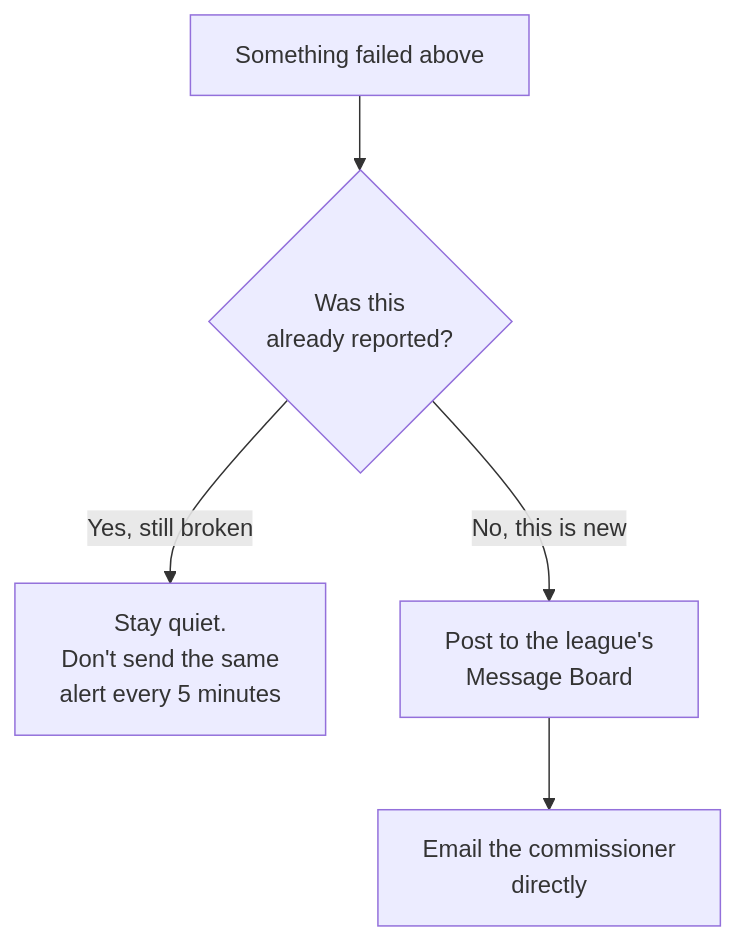
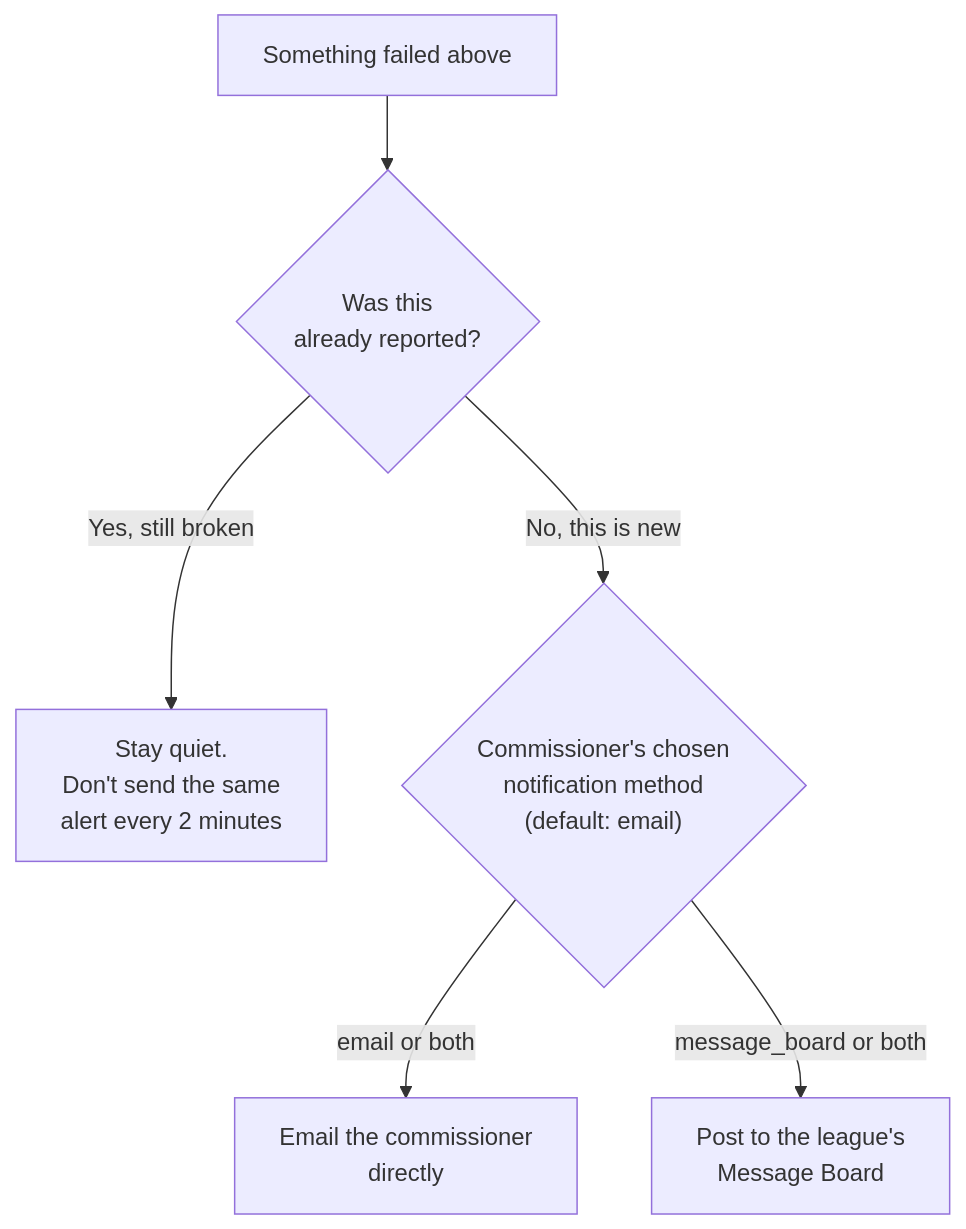
The second of 3 diagrams in docs/HOW_IT_WORKS.md (travispflanz/mfl-fcfs-rolling-waiver-order), drawn with Mermaid before and after one commit. The commit also changed other lines of this file and 6 other files, not shown here.

````diff
--- a/docs/HOW_IT_WORKS.md
+++ b/docs/HOW_IT_WORKS.md
@@ -54,7 +54,8 @@
 ```mermaid
 flowchart TD
     M["Something failed above"] --> N{"Was this\nalready reported?"}
-    N -->|"Yes, still broken"| O["Stay quiet.\nDon't send the same\nalert every 5 minutes"]
-    N -->|"No, this is new"| P["Post to the league's\nMessage Board"]
-    P --> Q["Email the commissioner\ndirectly"]
+    N -->|"Yes, still broken"| O["Stay quiet.\nDon't send the same\nalert every 2 minutes"]
+    N -->|"No, this is new"| P{"Commissioner's chosen\nnotification method\n(default: email)"}
+    P -->|"email or both"| Q["Email the commissioner\ndirectly"]
+    P -->|"message_board or both"| R["Post to the league's\nMessage Board"]
 ```
````
